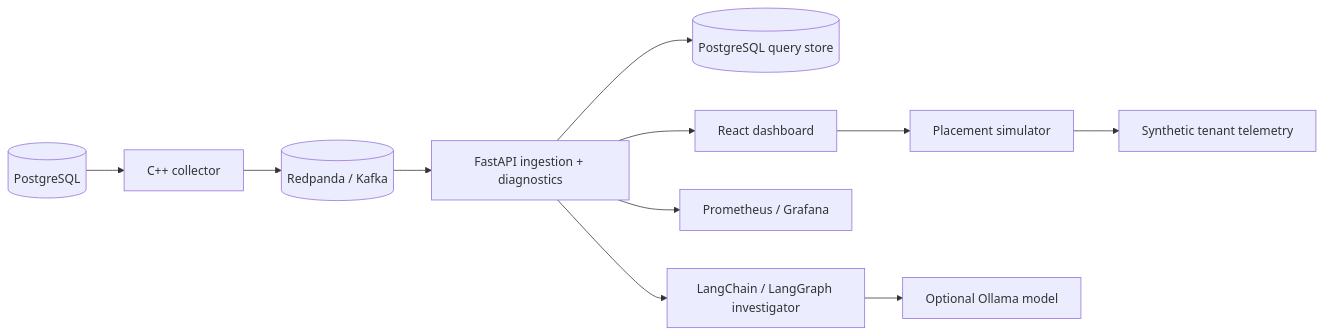
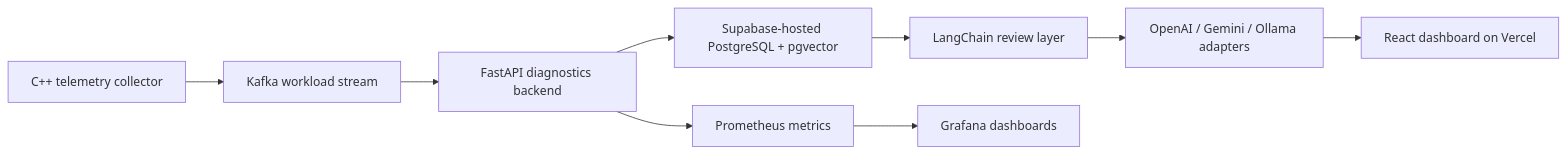
One commit to sushildalavi/plantrace changed the diagram in README.md. Above: the diagram before and after it, drawn with Mermaid. The commit also changed other lines of this file, not shown here.

Commit message:
docs: consolidate architecture and proof into readme

````diff
--- a/README.md
+++ b/README.md
@@ -27,13 +8,11 @@
 ```mermaid
 flowchart LR
-    A[(PostgreSQL)] --> B[C++ collector]
-    B --> C[(Redpanda / Kafka)]
-    C --> D[FastAPI ingestion + diagnostics]
-    D --> E[(PostgreSQL query store)]
-    D --> F[React dashboard]
-    D --> G[Prometheus / Grafana]
-    F --> H[Placement simulator]
-    H --> I[Synthetic tenant telemetry]
-    D --> J[LangChain / LangGraph investigator]
-    J --> K[Optional Ollama model]
+    A[C++ telemetry collector] --> B[Kafka workload stream]
+    B --> C[FastAPI diagnostics backend]
+    C --> D[Supabase-hosted PostgreSQL + pgvector]
+    D --> E[LangChain review layer]
+    E --> F[OpenAI / Gemini / Ollama adapters]
+    F --> G[React dashboard on Vercel]
+    C --> H[Prometheus metrics]
+    H --> I[Grafana dashboards]
 ```
````
